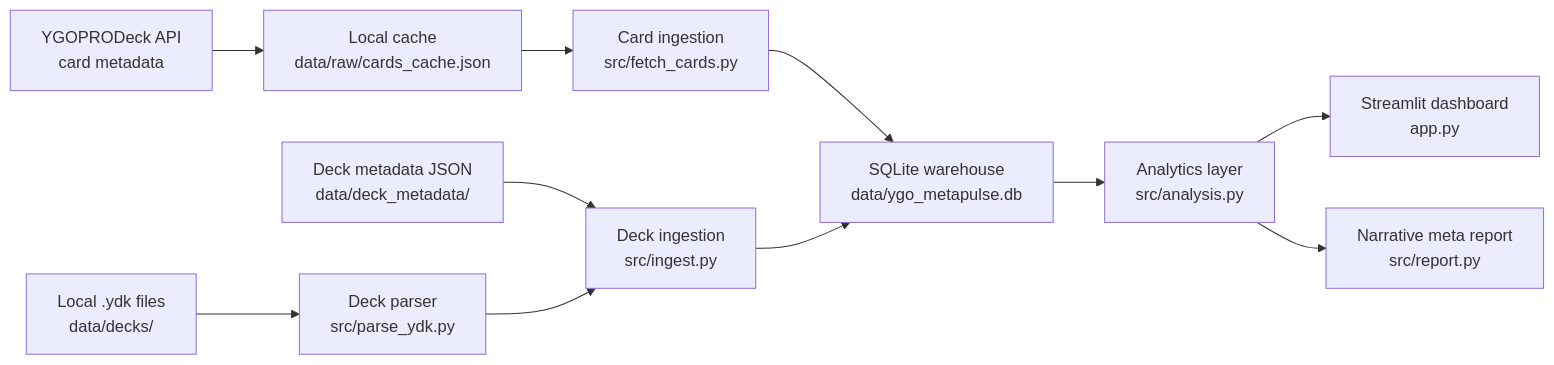
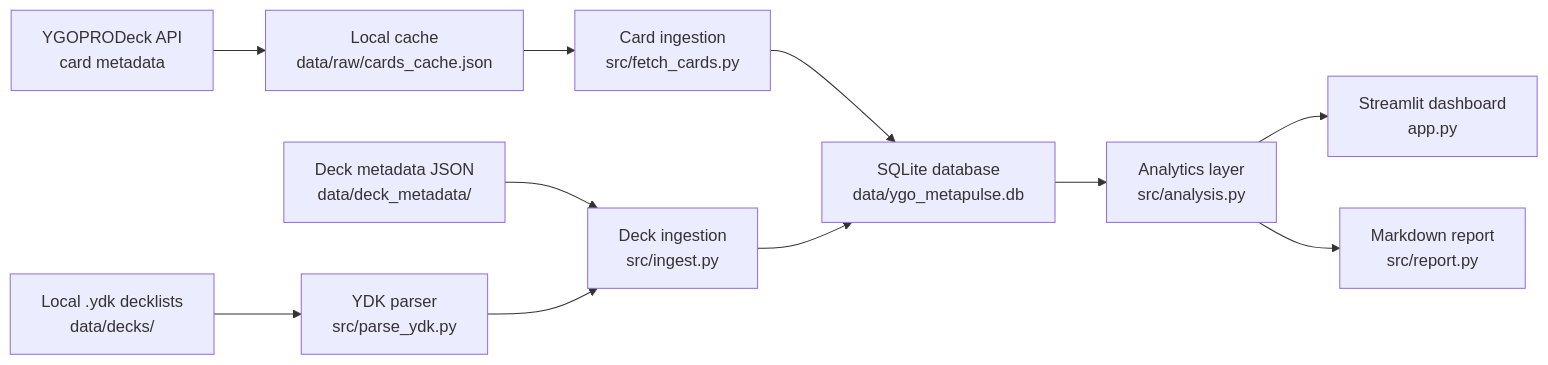
One commit to GerardLab77/ygo-metapulse changed the diagram in README.md. Above: the diagram before and after it, drawn with Mermaid. The commit also changed other lines of this file and 30 other files, not shown here.

````diff
--- a/README.md
+++ b/README.md
@@ -64,13 +64,13 @@
 ```mermaid
 flowchart LR
     A["YGOPRODeck API<br/>card metadata"] --> B["Local cache<br/>data/raw/cards_cache.json"]
     B --> C["Card ingestion<br/>src/fetch_cards.py"]
-    D["Local .ydk files<br/>data/decks/"] --> E["Deck parser<br/>src/parse_ydk.py"]
+    D["Local .ydk decklists<br/>data/decks/"] --> E["YDK parser<br/>src/parse_ydk.py"]
     F["Deck metadata JSON<br/>data/deck_metadata/"] --> G["Deck ingestion<br/>src/ingest.py"]
     E --> G
-    C --> H["SQLite warehouse<br/>data/ygo_metapulse.db"]
+    C --> H["SQLite database<br/>data/ygo_metapulse.db"]
     G --> H
     H --> I["Analytics layer<br/>src/analysis.py"]
     I --> J["Streamlit dashboard<br/>app.py"]
-    I --> K["Narrative meta report<br/>src/report.py"]
+    I --> K["Markdown report<br/>src/report.py"]
 ```
````
